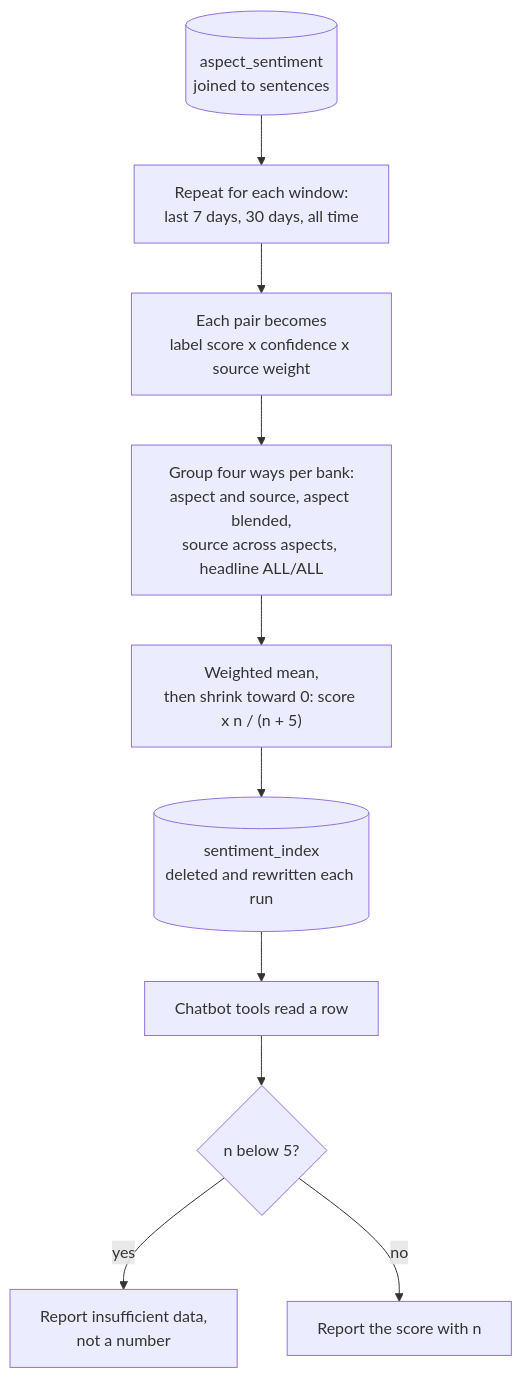
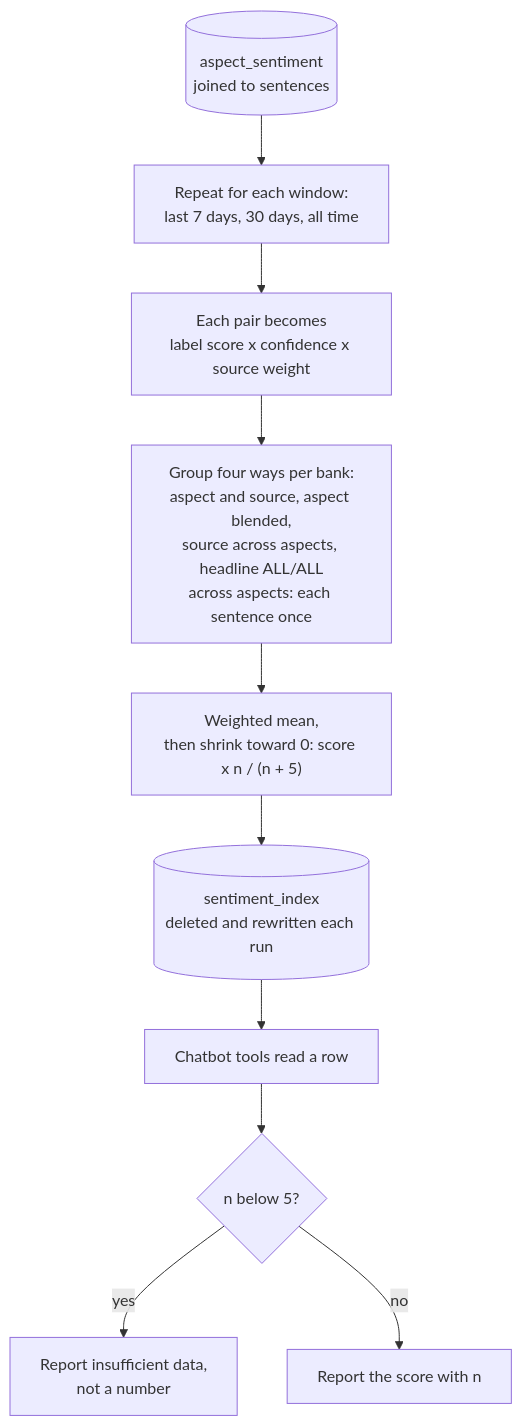
One commit to Gavingyh/plp-project changed the diagram in docs/diagrams/src/12-index-computation.mmd. Above: the diagram before and after it, drawn with Mermaid. The commit also changed 48 other files, not shown here.

```diff
--- a/docs/diagrams/src/12-index-computation.mmd
+++ b/docs/diagrams/src/12-index-computation.mmd
@@ -1,19 +1,19 @@
 flowchart TB
   accTitle: Sentiment index computation
-  accDescr: Every scored pair is read with its bank, source and date, filtered to a window, weighted by source and confidence, grouped four ways, summarised with shrinkage toward neutral, and written. A volume floor applies later, when the chatbot reads a score.
+  accDescr: Every scored pair is read with its bank, source and date, filtered to a window, weighted by source and confidence, grouped four ways (counting each sentence once in the rows that span aspects), summarised with shrinkage toward neutral, and written. A volume floor applies later, when the chatbot reads a score.
 
   rows[("aspect_sentiment<br/>joined to sentences")]
   win["Repeat for each window:<br/>last 7 days, 30 days, all time"]
   item["Each pair becomes<br/>label score x confidence x source weight"]
-  grp["Group four ways per bank:<br/>aspect and source, aspect blended,<br/>source across aspects, headline ALL/ALL"]
+  grp["Group four ways per bank:<br/>aspect and source, aspect blended,<br/>source across aspects, headline ALL/ALL<br/>across aspects: each sentence once"]
   sum["Weighted mean,<br/>then shrink toward 0: score x n / (n + 5)"]
   out[("sentiment_index<br/>deleted and rewritten each run")]
   read["Chatbot tools read a row"]
   floor{"n below 5?"}
   thin["Report insufficient data,<br/>not a number"]
   show["Report the score with n"]
 
   rows --> win --> item --> grp --> sum --> out
   out --> read --> floor
   floor -- yes --> thin
   floor -- no --> show
```
